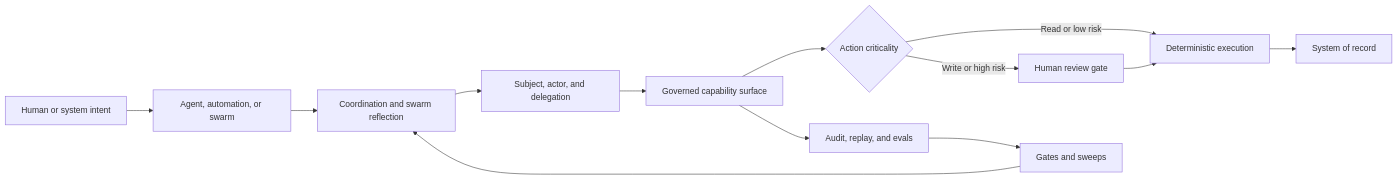
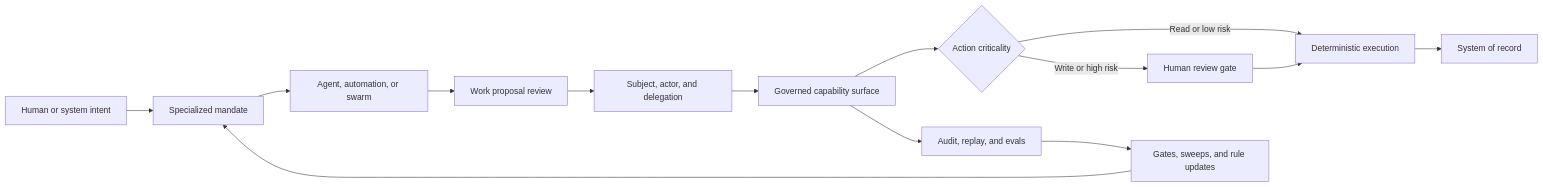
Before and after one commit to PJensen-HMC/PJensen-HMC: the diagram in r&d/Agent-Conference-2026/agent-conference-synthesis/05_outputs/agent-conference-2026-everything.md, drawn with Mermaid. The commit also changed other lines of this file and 4 other files, not shown here.

````diff
--- a/r&d/Agent-Conference-2026/agent-conference-synthesis/05_outputs/agent-conference-2026-everything.md
+++ b/r&d/Agent-Conference-2026/agent-conference-synthesis/05_outputs/agent-conference-2026-everything.md
@@ -36,15 +36,16 @@
 ```mermaid
 flowchart LR
-    intent["Human or system intent"] --> actor["Agent, automation, or swarm"]
-    actor --> reflection["Coordination and swarm reflection"]
-    reflection --> identity["Subject, actor, and delegation"]
+    intent["Human or system intent"] --> mandate["Specialized mandate"]
+    mandate --> actor["Agent, automation, or swarm"]
+    actor --> queue["Work proposal review"]
+    queue --> identity["Subject, actor, and delegation"]
     identity --> capability["Governed capability surface"]
     capability --> criticality{"Action criticality"}
     criticality -->|Read or low risk| execute["Deterministic execution"]
-    criticality -->|Write or high risk| review["Human review gate"]
-    review --> execute
+    criticality -->|Write or high risk| human["Human review gate"]
+    human --> execute
     execute --> system["System of record"]
     capability --> audit["Audit, replay, and evals"]
-    audit --> sweeps["Gates and sweeps"]
-    sweeps --> reflection
+    audit --> sweeps["Gates, sweeps, and rule updates"]
+    sweeps --> mandate
 ```
````
